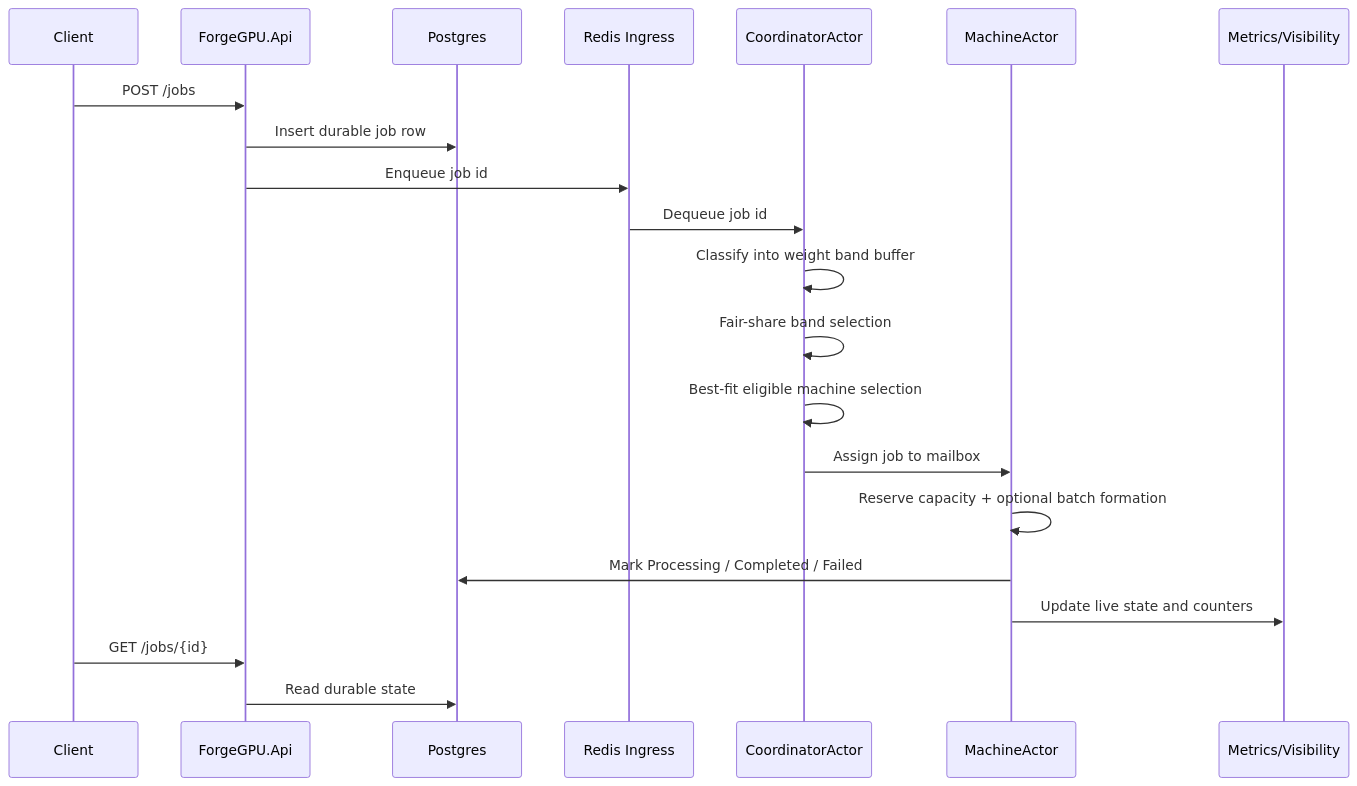
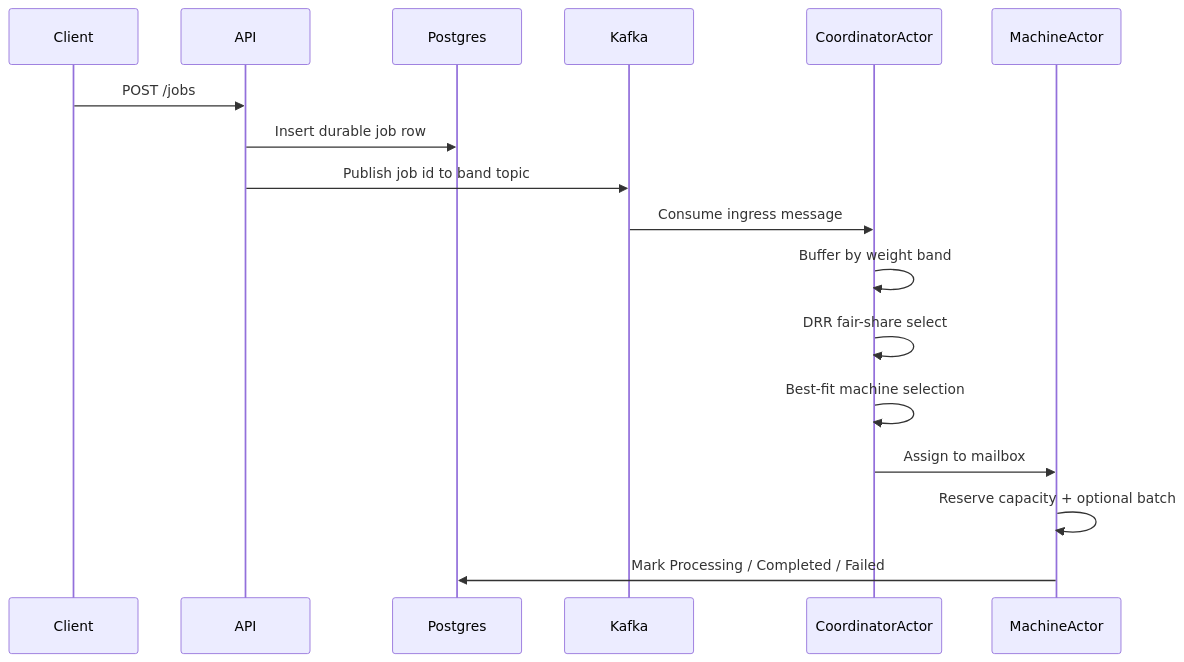
Before and after one commit to gokayokutucu/forgegpu: the second of 3 diagrams in README.md, drawn with Mermaid. The commit also changed other lines of this file and 33 other files, not shown here.

Commit message:
Implement kafka ingress, operator dashboard, and phase 10 polish

````diff
--- a/README.md
+++ b/README.md
@@ -110,24 +103,20 @@
 ```mermaid
 sequenceDiagram
     participant Client
-    participant API as ForgeGPU.Api
+    participant API as API
     participant PG as Postgres
-    participant Redis as Redis Ingress
+    participant Kafka as Kafka
     participant Coord as CoordinatorActor
     participant Machine as MachineActor
-    participant Metrics as Metrics/Visibility
 
     Client->>API: POST /jobs
     API->>PG: Insert durable job row
-    API->>Redis: Enqueue job id
-    Redis->>Coord: Dequeue job id
-    Coord->>Coord: Classify into weight band buffer
-    Coord->>Coord: Fair-share band selection
-    Coord->>Coord: Best-fit eligible machine selection
-    Coord->>Machine: Assign job to mailbox
-    Machine->>Machine: Reserve capacity + optional batch formation
+    API->>Kafka: Publish job id to band topic
+    Kafka->>Coord: Consume ingress message
+    Coord->>Coord: Buffer by weight band
+    Coord->>Coord: DRR fair-share select
+    Coord->>Coord: Best-fit machine selection
+    Coord->>Machine: Assign to mailbox
+    Machine->>Machine: Reserve capacity + optional batch
     Machine->>PG: Mark Processing / Completed / Failed
-    Machine->>Metrics: Update live state and counters
-    Client->>API: GET /jobs/{id}
-    API->>PG: Read durable state
 ```
````
